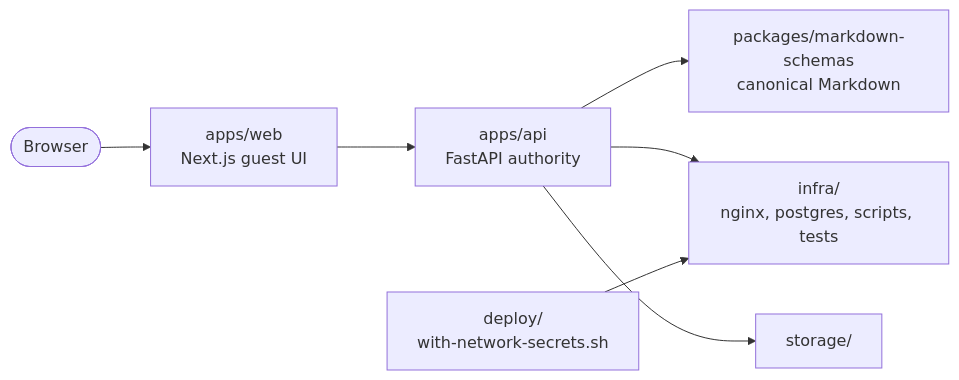
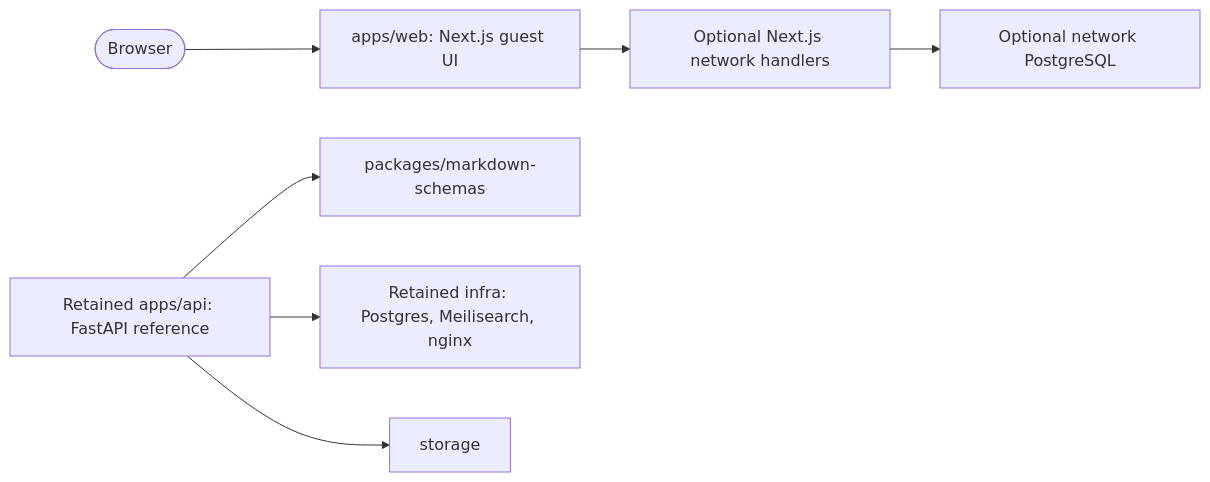
One commit to EauDoon/connect.md changed the diagram in README.md. Above: the diagram before and after it, drawn with Mermaid. The commit also changed other lines of this file and 40 other files, not shown here.

````diff
--- a/README.md
+++ b/README.md
@@ -51,17 +51,9 @@
 ```mermaid
 flowchart LR
-    Browser([Browser])
-    Web["apps/web<br/>Next.js guest UI"]
-    Api["apps/api<br/>FastAPI authority"]
-    Schemas["packages/markdown-schemas<br/>canonical Markdown"]
-    Infra["infra/<br/>nginx, postgres, scripts, tests"]
-    Deploy["deploy/<br/>with-network-secrets.sh"]
-    Storage["storage/"]
-
-    Browser --> Web
-    Web --> Api
-    Api --> Schemas
-    Api --> Infra
-    Api --> Storage
-    Deploy --> Infra
+    Browser([Browser]) --> Web["apps/web: Next.js guest UI"]
+    Web --> Network["Optional Next.js network handlers"]
+    Network --> NetworkDB["Optional network PostgreSQL"]
+    Api["Retained apps/api: FastAPI reference"] --> Schemas["packages/markdown-schemas"]
+    Api --> Infra["Retained infra: Postgres, Meilisearch, nginx"]
+    Api --> Storage["storage"]
 ```
````
